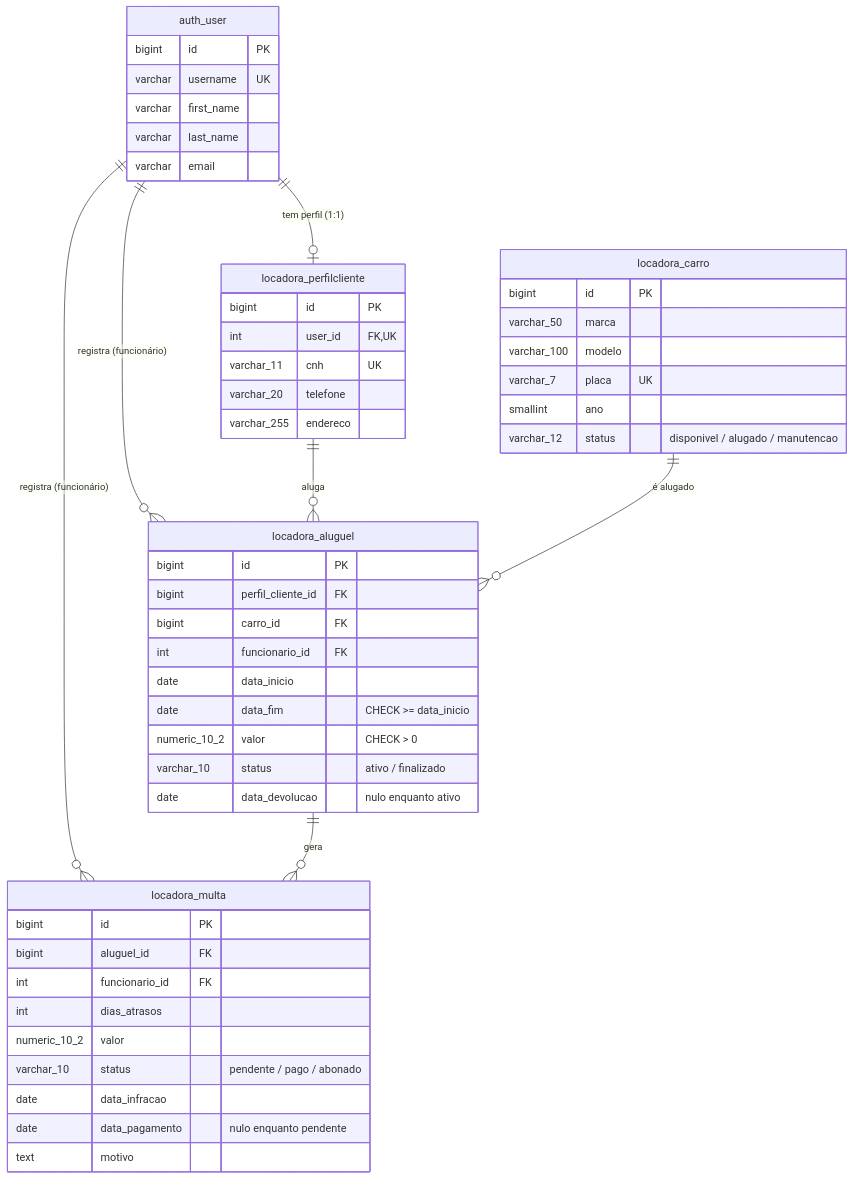
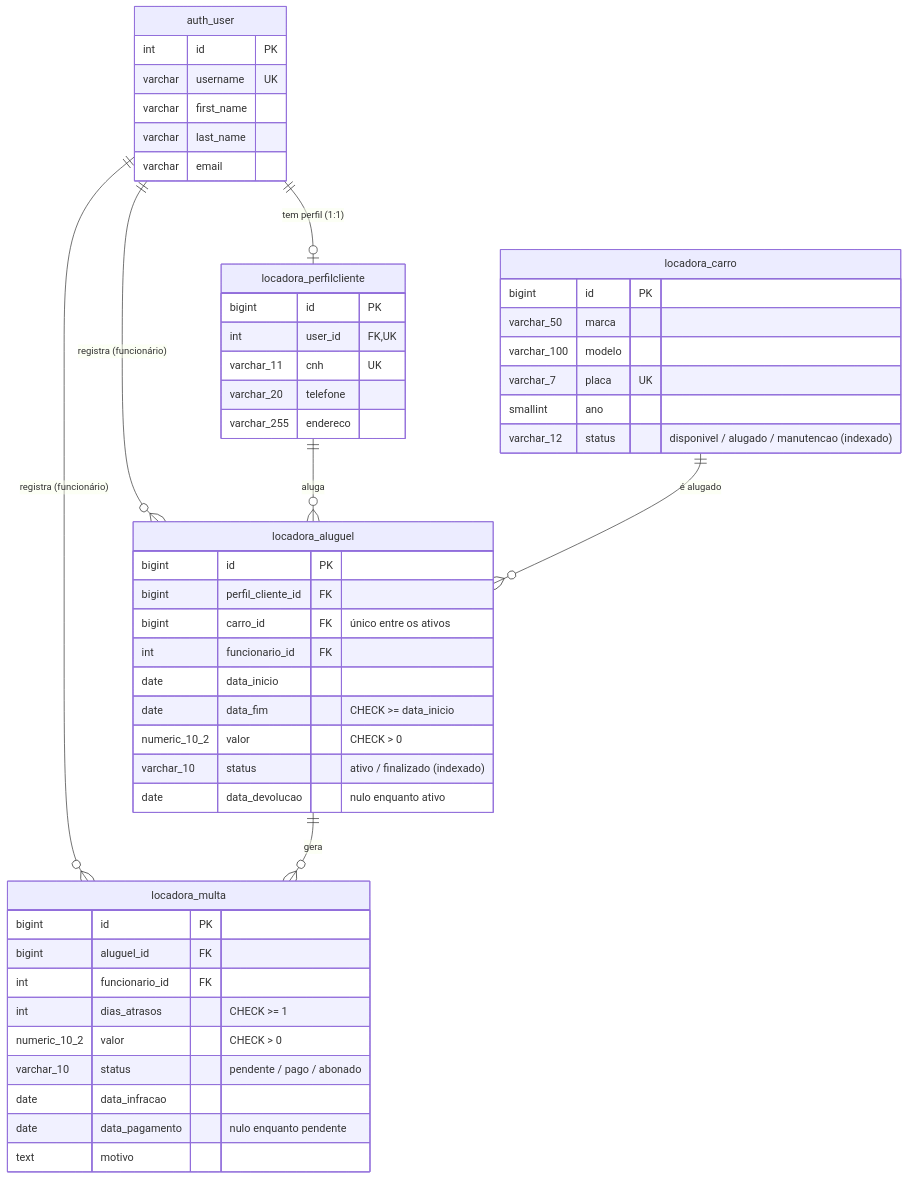
The third of 7 diagrams in docs/banco-de-producao.md (Luizzzz28/PI---EasyCar_Luiz-Barbiana-Yandra), drawn with Mermaid before and after one commit. The commit also changed other lines of this file and 26 other files, not shown here.

````diff
--- a/docs/banco-de-producao.md
+++ b/docs/banco-de-producao.md
@@ -48,54 +78,54 @@
 ```mermaid
 erDiagram
     auth_user ||--o| locadora_perfilcliente : "tem perfil (1:1)"
     auth_user ||--o{ locadora_aluguel : "registra (funcionário)"
     auth_user ||--o{ locadora_multa : "registra (funcionário)"
     locadora_perfilcliente ||--o{ locadora_aluguel : "aluga"
     locadora_carro ||--o{ locadora_aluguel : "é alugado"
     locadora_aluguel ||--o{ locadora_multa : "gera"
 
     auth_user {
-        bigint id PK
+        int id PK
         varchar username UK
         varchar first_name
         varchar last_name
         varchar email
     }
     locadora_perfilcliente {
         bigint id PK
         int user_id FK,UK
         varchar_11 cnh UK
         varchar_20 telefone
         varchar_255 endereco
     }
     locadora_carro {
         bigint id PK
         varchar_50 marca
         varchar_100 modelo
         varchar_7 placa UK
         smallint ano
-        varchar_12 status "disponivel / alugado / manutencao"
+        varchar_12 status "disponivel / alugado / manutencao (indexado)"
     }
     locadora_aluguel {
         bigint id PK
         bigint perfil_cliente_id FK
-        bigint carro_id FK
+        bigint carro_id FK "único entre os ativos"
         int funcionario_id FK
         date data_inicio
         date data_fim "CHECK >= data_inicio"
         numeric_10_2 valor "CHECK > 0"
-        varchar_10 status "ativo / finalizado"
+        varchar_10 status "ativo / finalizado (indexado)"
         date data_devolucao "nulo enquanto ativo"
     }
     locadora_multa {
         bigint id PK
         bigint aluguel_id FK
         int funcionario_id FK
-        int dias_atrasos
-        numeric_10_2 valor
+        int dias_atrasos "CHECK >= 1"
+        numeric_10_2 valor "CHECK > 0"
         varchar_10 status "pendente / pago / abonado"
         date data_infracao
         date data_pagamento "nulo enquanto pendente"
         text motivo
     }
 ```
````
